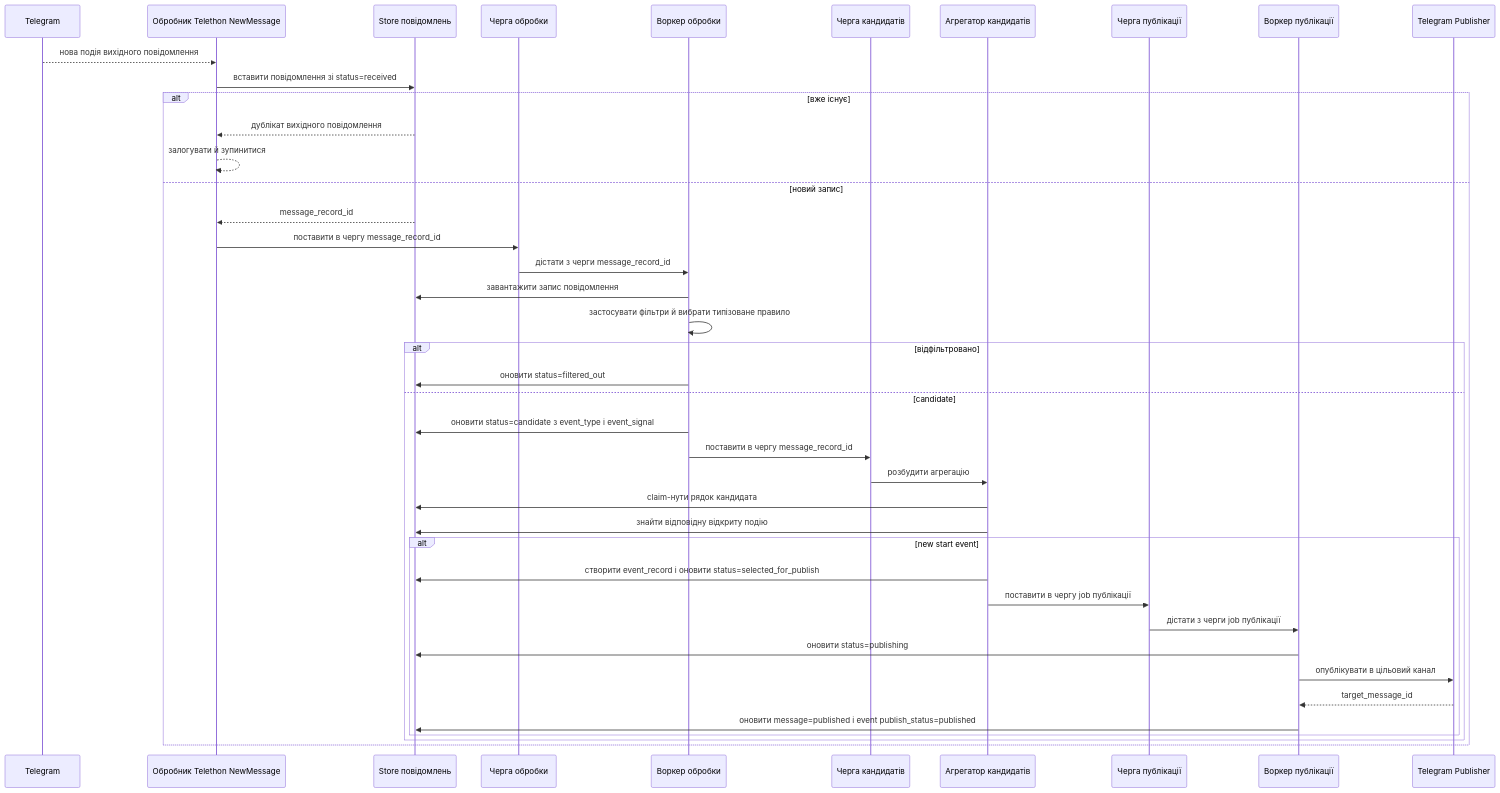
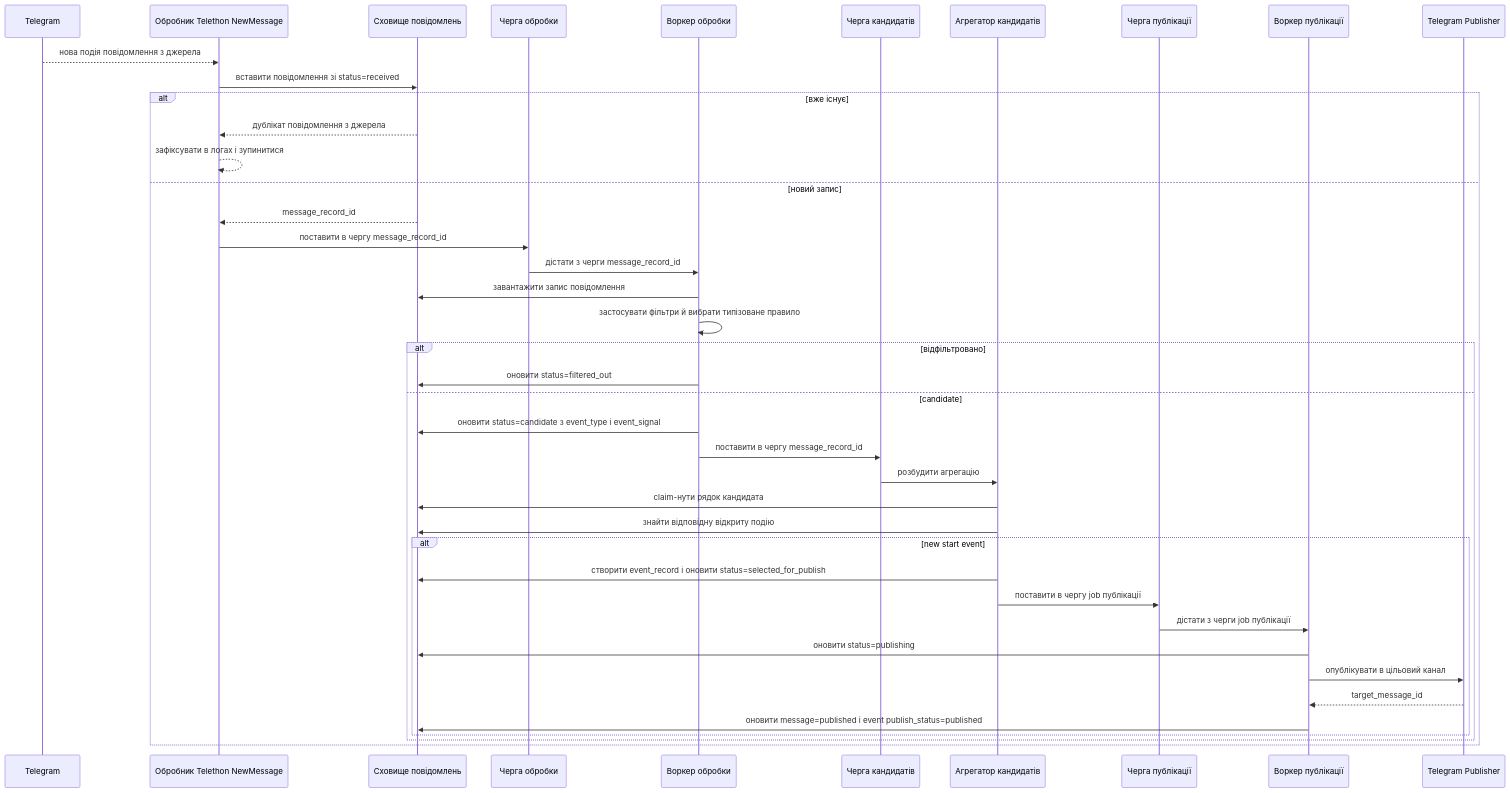
Before and after one commit to Volodymyt/Telegram-ggregator: the fifth of 9 diagrams in docs_ua/project/architecture-spec.md, drawn with Mermaid. The commit also changed other lines of this file and 90 other files, not shown here.

````diff
--- a/docs_ua/project/architecture-spec.md
+++ b/docs_ua/project/architecture-spec.md
@@ -345,44 +345,44 @@
 ```mermaid
 sequenceDiagram
     participant Telegram
     participant Reader as Обробник Telethon NewMessage
-    participant Store as Store повідомлень
+    participant Store as Сховище повідомлень
     participant ProcQueue as Черга обробки
     participant ProcWorker as Воркер обробки
     participant CandQueue as Черга кандидатів
     participant Agg as Агрегатор кандидатів
     participant PubQueue as Черга публікації
     participant PubWorker as Воркер публікації
     participant Publisher as Telegram Publisher
 
-    Telegram-->>Reader: нова подія вихідного повідомлення
+    Telegram-->>Reader: нова подія повідомлення з джерела
     Reader->>Store: вставити повідомлення зі status=received
     alt вже існує
-        Store-->>Reader: дублікат вихідного повідомлення
-        Reader-->>Reader: залогувати й зупинитися
+        Store-->>Reader: дублікат повідомлення з джерела
+        Reader-->>Reader: зафіксувати в логах і зупинитися
     else новий запис
         Store-->>Reader: message_record_id
         Reader->>ProcQueue: поставити в чергу message_record_id
         ProcQueue->>ProcWorker: дістати з черги message_record_id
         ProcWorker->>Store: завантажити запис повідомлення
         ProcWorker->>ProcWorker: застосувати фільтри й вибрати типізоване правило
         alt відфільтровано
             ProcWorker->>Store: оновити status=filtered_out
         else candidate
             ProcWorker->>Store: оновити status=candidate з event_type і event_signal
             ProcWorker->>CandQueue: поставити в чергу message_record_id
             CandQueue->>Agg: розбудити агрегацію
             Agg->>Store: claim-нути рядок кандидата
             Agg->>Store: знайти відповідну відкриту подію
             alt new start event
                 Agg->>Store: створити event_record і оновити status=selected_for_publish
                 Agg->>PubQueue: поставити в чергу job публікації
                 PubQueue->>PubWorker: дістати з черги job публікації
                 PubWorker->>Store: оновити status=publishing
                 PubWorker->>Publisher: опублікувати в цільовий канал
                 Publisher-->>PubWorker: target_message_id
                 PubWorker->>Store: оновити message=published і event publish_status=published
             end
         end
     end
 ```
````
